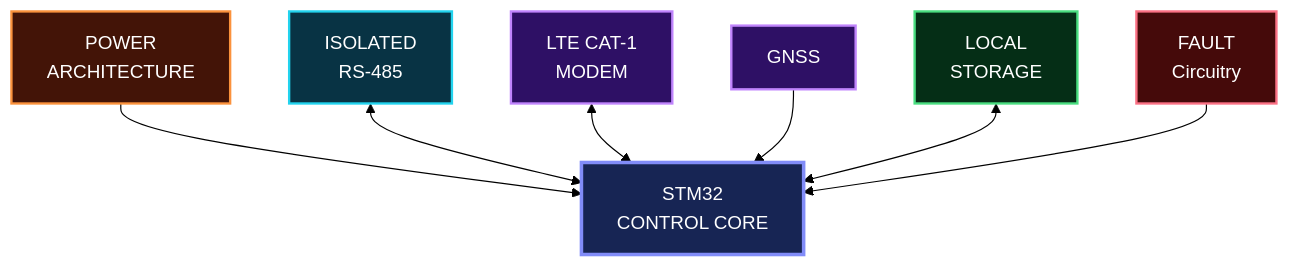
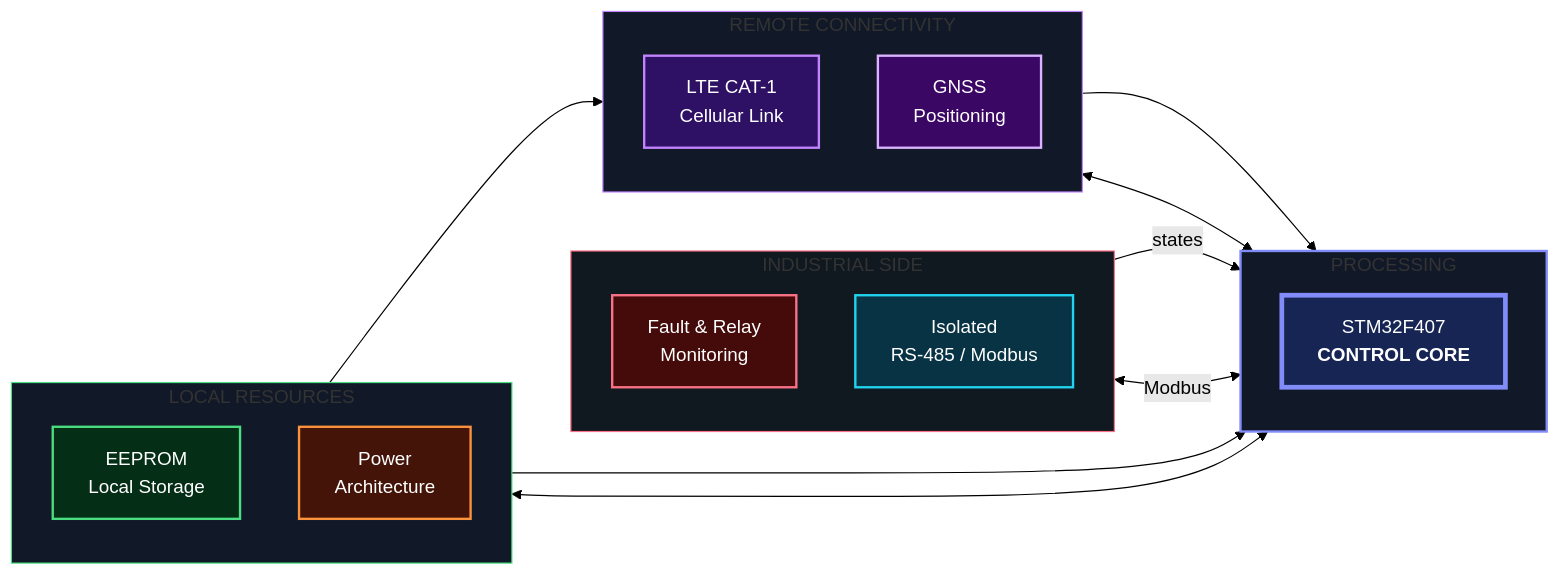
One commit to bk201-dev/industrial-edge-monitoring-platform changed the first of 7 diagrams in engineering/README.md. Above: the diagram before and after it, drawn with Mermaid (forest theme).

````diff
--- a/engineering/README.md
+++ b/engineering/README.md
@@ -20,26 +20,49 @@
 ```mermaid
-flowchart TB
+flowchart LR
 
-    CORE["STM32<br/>CONTROL CORE"]:::core
+    subgraph FIELD["INDUSTRIAL SIDE"]
+        direction TB
+        FAULT["Fault & Relay<br/>Monitoring"]:::fault
+        RS485["Isolated<br/>RS-485 / Modbus"]:::rs
+    end
 
-    POWER["POWER<br/>ARCHITECTURE"]:::power
-    RS485["ISOLATED<br/>RS-485"]:::comm
-    LTE["LTE CAT-1<br/>MODEM"]:::rf
-    GNSS["GNSS"]:::rf
-    STORE["LOCAL<br/>STORAGE"]:::memory
-    MON["FAULT<br/>Circuitry "]:::monitor
+    subgraph CORE["PROCESSING"]
+        direction TB
+        MCU["STM32F407<br/><b>CONTROL CORE</b>"]:::mcu
+    end
 
-    POWER --> CORE
-    RS485 <--> CORE
-    LTE <--> CORE
-    GNSS --> CORE
-    STORE <--> CORE
-    MON --> CORE
+    subgraph CONNECT["REMOTE CONNECTIVITY"]
+        direction TB
+        LTE["LTE CAT-1<br/>Cellular Link"]:::lte
+        GNSS["GNSS<br/>Positioning"]:::gnss
+    end
 
-    classDef core fill:#172554,stroke:#818CF8,color:#FFFFFF,stroke-width:3px;
+    subgraph SUPPORT["LOCAL RESOURCES"]
+        direction TB
+        MEMORY["EEPROM<br/>Local Storage"]:::mem
+        POWER["Power<br/>Architecture"]:::power
+    end
+
+    FAULT -->|"states"| MCU
+    RS485 <-->|"Modbus"| MCU
+
+    MCU <--> LTE
+    GNSS --> MCU
+
+    MCU <--> MEMORY
+    POWER --> MCU
+    POWER --> LTE
+
+    classDef mcu fill:#172554,stroke:#818CF8,color:#FFFFFF,stroke-width:4px;
+    classDef rs fill:#083344,stroke:#22D3EE,color:#FFFFFF,stroke-width:2px;
+    classDef fault fill:#450A0A,stroke:#FB7185,color:#FFFFFF,stroke-width:2px;
+    classDef lte fill:#2E1065,stroke:#C084FC,color:#FFFFFF,stroke-width:2px;
+    classDef gnss fill:#3B0764,stroke:#D8B4FE,color:#FFFFFF,stroke-width:2px;
+    classDef mem fill:#052E16,stroke:#4ADE80,color:#FFFFFF,stroke-width:2px;
     classDef power fill:#431407,stroke:#FB923C,color:#FFFFFF,stroke-width:2px;
-    classDef comm fill:#083344,stroke:#22D3EE,color:#FFFFFF,stroke-width:2px;
-    classDef rf fill:#2E1065,stroke:#C084FC,color:#FFFFFF,stroke-width:2px;
-    classDef memory fill:#052E16,stroke:#4ADE80,color:#FFFFFF,stroke-width:2px;
-    classDef monitor fill:#450A0A,stroke:#FB7185,color:#FFFFFF,stroke-width:2px;
+
+    style FIELD fill:#101820,stroke:#FB7185,stroke-width:1px
+    style CORE fill:#111827,stroke:#818CF8,stroke-width:2px
+    style CONNECT fill:#111827,stroke:#C084FC,stroke-width:1px
+    style SUPPORT fill:#111827,stroke:#4ADE80,stroke-width:1px
 ```
````
